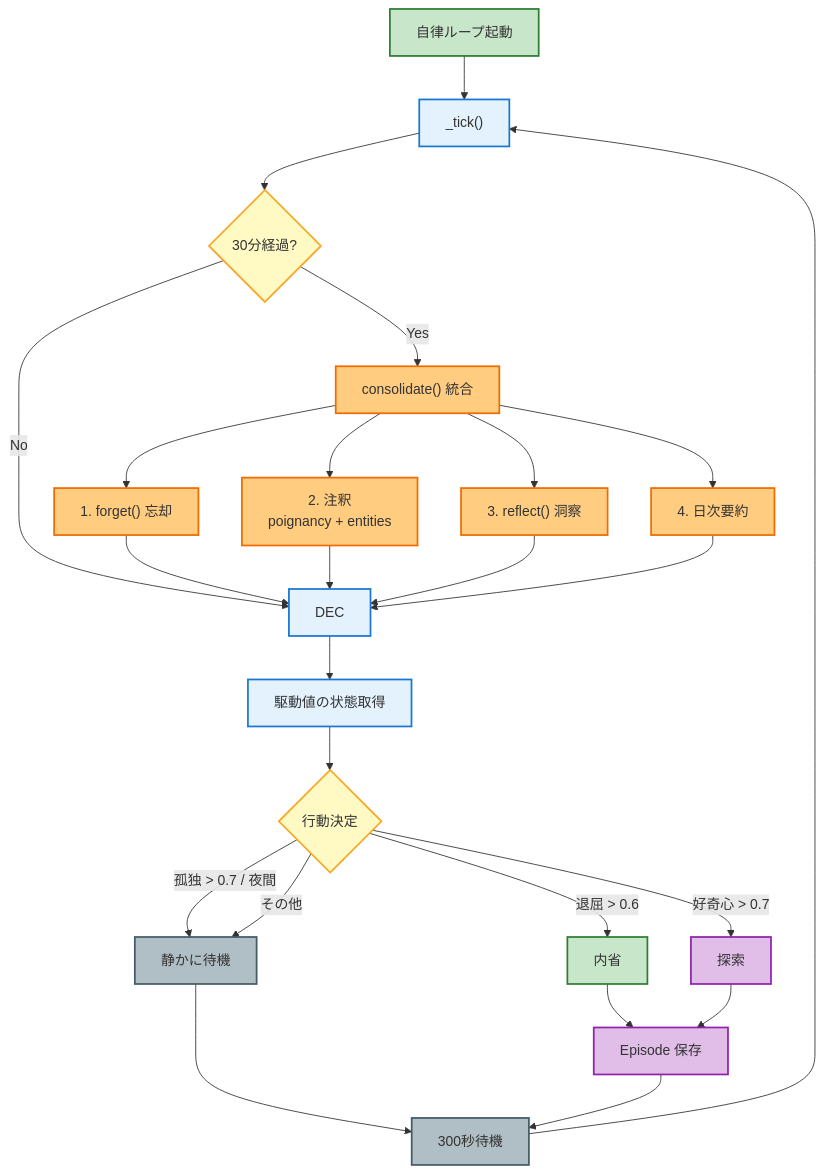
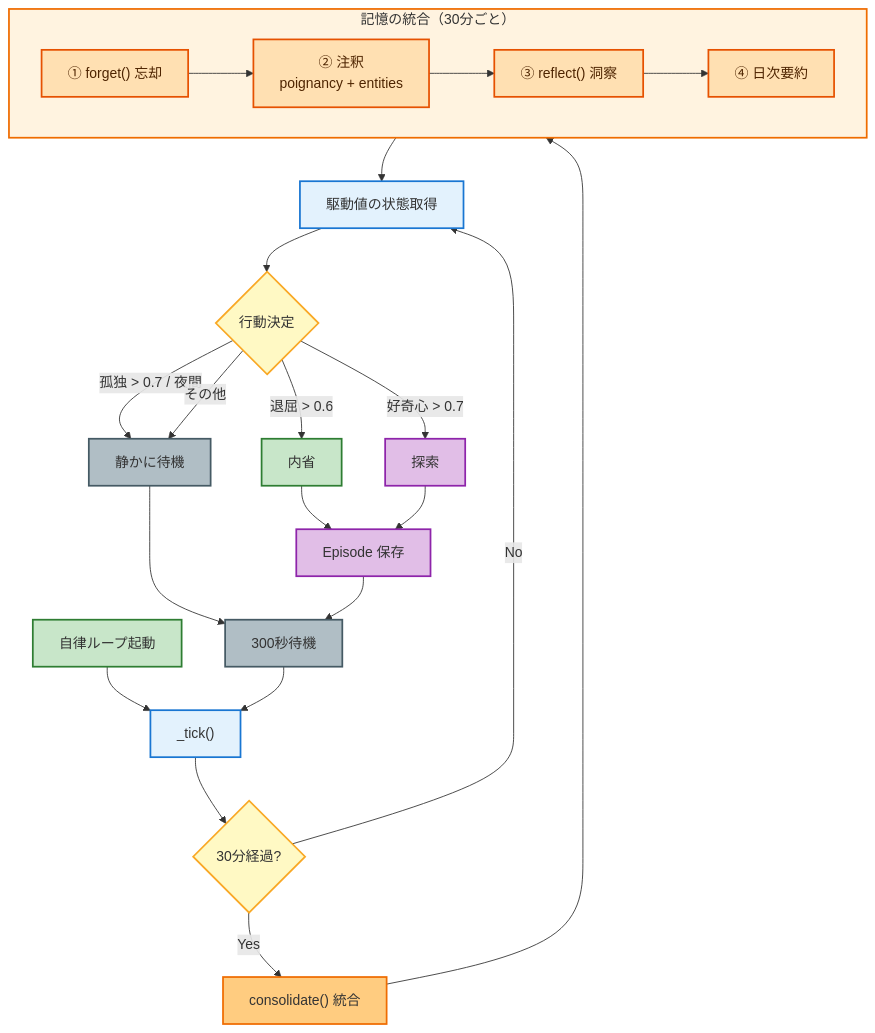
The fourth of 4 diagrams in README.md (kuroron000234/Project-Lucina), drawn with Mermaid before and after one commit. The commit also changed other lines of this file, not shown here.

Commit message:
Improve diagram contrast (dark text on light bg) and restructure memory/conversation/loop flows

````diff
--- a/README.md
+++ b/README.md
@@ -166,43 +172,43 @@
 ```mermaid
 flowchart TD
     START["自律ループ起動"] --> TICK["_tick()"]
     TICK --> CONV{"30分経過?"}
     CONV -- "Yes" --> CONS["consolidate() 統合"]
-    CONS --> F1["1. forget() 忘却"]
-    CONS --> F2["2. 注釈<br/>poignancy + entities"]
-    CONS --> F3["3. reflect() 洞察"]
-    CONS --> F4["4. 日次要約"]
-    CONV -- "No" --> DEC
-    F1 --> DEC
-    F2 --> DEC
-    F3 --> DEC
-    F4 --> DEC
-    DEC --> STATE["駆動値の状態取得"]
+
+    subgraph INT["記憶の統合（30分ごと）"]
+        direction LR
+        F1["① forget() 忘却"]
+        F2["② 注釈<br/>poignancy + entities"]
+        F3["③ reflect() 洞察"]
+        F4["④ 日次要約"]
+    end
+    CONS --> F1 --> F2 --> F3 --> F4
+
+    F4 --> STATE["駆動値の状態取得"]
+    CONV -- "No" --> STATE
     STATE --> ACT{"行動決定"}
     ACT -- "退屈 > 0.6" --> R["内省"]
     ACT -- "好奇心 > 0.7" --> X["探索"]
     ACT -- "孤独 > 0.7 / 夜間" --> N["静かに待機"]
     ACT -- "その他" --> N
     R --> SAVE["Episode 保存"]
     X --> SAVE
     N --> SLEEP["300秒待機"]
     SAVE --> SLEEP
     SLEEP --> TICK
 
     style START fill:#c8e6c9,stroke:#2e7d32,stroke-width:2px
     style TICK fill:#e3f2fd,stroke:#1976d2,stroke-width:2px
     style CONV fill:#fff9c4,stroke:#f9a825,stroke-width:2px
     style CONS fill:#ffcc80,stroke:#ef6c00,stroke-width:2px
-    style F1 fill:#ffcc80,stroke:#ef6c00,stroke-width:2px
-    style F2 fill:#ffcc80,stroke:#ef6c00,stroke-width:2px
-    style F3 fill:#ffcc80,stroke:#ef6c00,stroke-width:2px
-    style F4 fill:#ffcc80,stroke:#ef6c00,stroke-width:2px
-    style DEC fill:#e3f2fd,stroke:#1976d2,stroke-width:2px
     style STATE fill:#e3f2fd,stroke:#1976d2,stroke-width:2px
     style ACT fill:#fff9c4,stroke:#f9a825,stroke-width:2px
     style R fill:#c8e6c9,stroke:#2e7d32,stroke-width:2px
     style X fill:#e1bee7,stroke:#8e24aa,stroke-width:2px
     style N fill:#b0bec5,stroke:#455a64,stroke-width:2px
     style SAVE fill:#e1bee7,stroke:#8e24aa,stroke-width:2px
     style SLEEP fill:#b0bec5,stroke:#455a64,stroke-width:2px
+    style INT fill:#fff3e0,stroke:#ef6c00,stroke-width:2px
+    classDef int fill:#ffe0b2,stroke:#e65100,color:#4e2400,stroke-width:2px
+    class F1,F2,F3,F4 int
 ```
````
